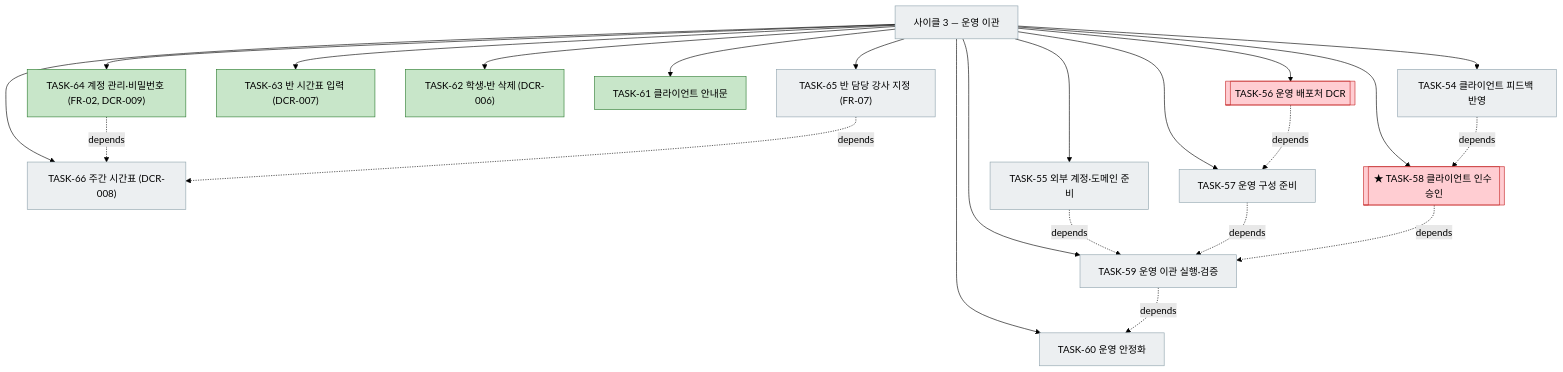
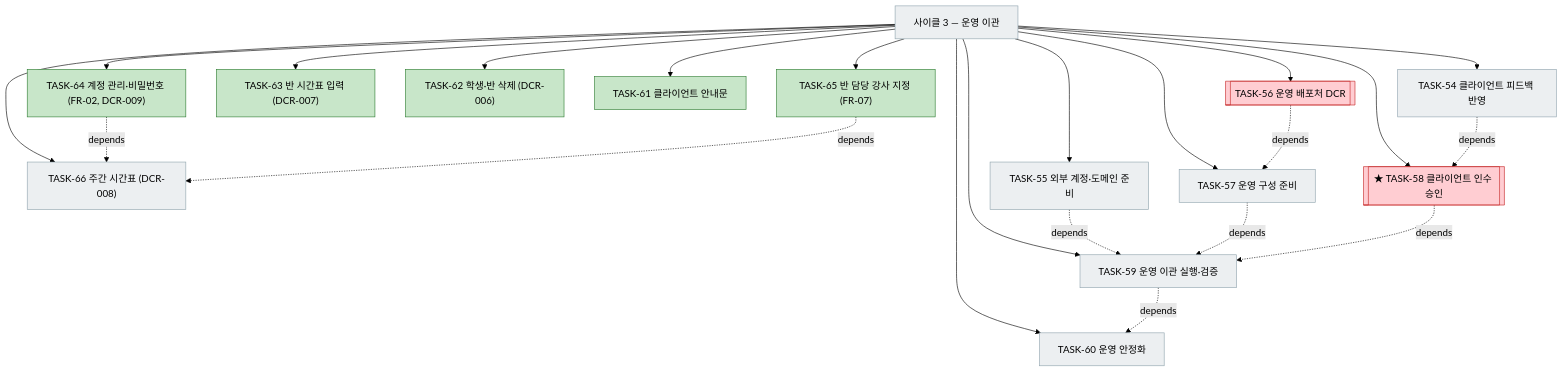
One commit to bluesky5008/mathdesk changed the fourth of 5 diagrams in docs/plan.md. Above: the diagram before and after it, drawn with Mermaid (forest theme). The commit also changed other lines of this file and 8 other files, not shown here.

````diff
--- a/docs/plan.md
+++ b/docs/plan.md
@@ -238,29 +238,29 @@
 ```mermaid
 flowchart TD
     C3["사이클 3 — 운영 이관"]:::todo
     C3 --> T64["TASK-64 계정 관리·비밀번호 (FR-02, DCR-009)"]:::done
-    C3 --> T65["TASK-65 반 담당 강사 지정 (FR-07)"]:::todo
+    C3 --> T65["TASK-65 반 담당 강사 지정 (FR-07)"]:::done
     C3 --> T66["TASK-66 주간 시간표 (DCR-008)"]:::todo
     T64 -. depends .-> T66
     T65 -. depends .-> T66
     C3 --> T63["TASK-63 반 시간표 입력 (DCR-007)"]:::done
     C3 --> T62["TASK-62 학생·반 삭제 (DCR-006)"]:::done
     C3 --> T61["TASK-61 클라이언트 안내문"]:::done
     C3 --> T54["TASK-54 클라이언트 피드백 반영"]:::todo
     C3 --> T55["TASK-55 외부 계정·도메인 준비"]:::todo
     C3 --> T56[["TASK-56 운영 배포처 DCR"]]:::gate
     C3 --> T57["TASK-57 운영 구성 준비"]:::todo
     C3 --> T58[["★ TASK-58 클라이언트 인수 승인"]]:::gate
     C3 --> T59["TASK-59 운영 이관 실행·검증"]:::todo
     C3 --> T60["TASK-60 운영 안정화"]:::todo
     T56 -. depends .-> T57
     T54 -. depends .-> T58
     T55 -. depends .-> T59
     T57 -. depends .-> T59
     T58 -. depends .-> T59
     T59 -. depends .-> T60
     classDef done fill:#c8e6c9,stroke:#2e7d32
     classDef active fill:#fff9c4,stroke:#f9a825
     classDef todo fill:#eceff1,stroke:#90a4ae
     classDef gate fill:#ffcdd2,stroke:#c62828
 ```
````
